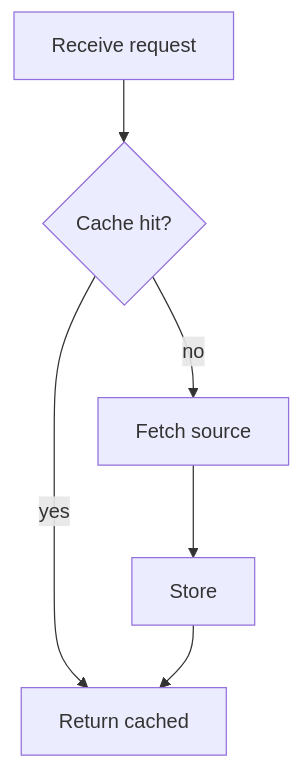
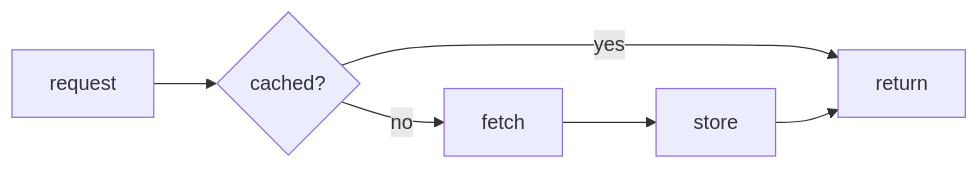
The first of 8 diagrams in skills/sidecar/SKILL.md (sersiousSenpai/redline), drawn with Mermaid before and after one commit. The commit also changed other lines of this file and 272 other files, not shown here.

````diff
--- a/skills/sidecar/SKILL.md
+++ b/skills/sidecar/SKILL.md
@@ -145,6 +156,7 @@
 ```mermaid
-flowchart TD
-  A[Receive request] --> B{Cache hit?}
-  B -->|yes| C[Return cached]
-  B -->|no| D[Fetch source] --> E[Store] --> C
+flowchart LR
+  A[request] --> B{cached?}
+  B -->|yes| C[return]
+  B -->|no| D[fetch] --> E[store] --> C
+  class C rl-emph
 ```
````
